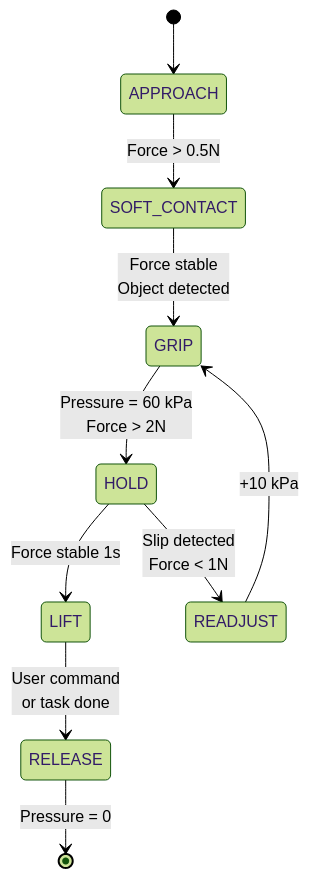
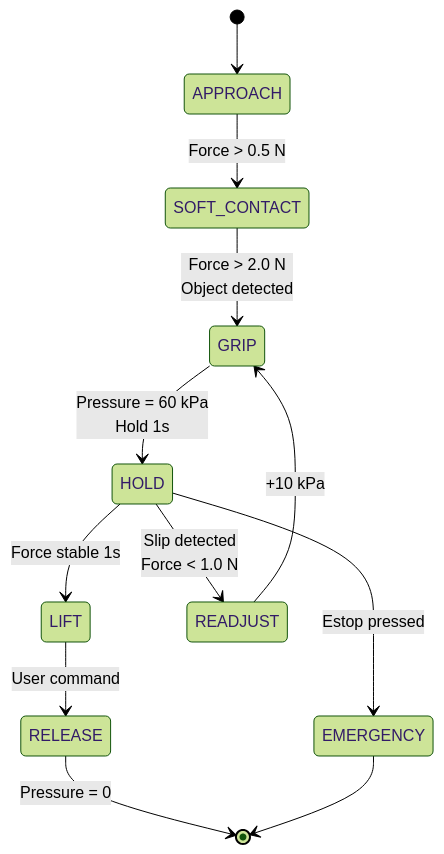
Before and after one commit to yip-lgtm/mech-Eng-Bootcamp: the first of 4 diagrams in mae-bootcamp/other/24_Week_Weekend_Bootcamp/Week_3_Soft_Robotics_Notes.md, drawn with Mermaid (forest theme). The commit also changed other lines of this file and 15 other files, not shown here.

````diff
--- a/mae-bootcamp/other/24_Week_Weekend_Bootcamp/Week_3_Soft_Robotics_Notes.md
+++ b/mae-bootcamp/other/24_Week_Weekend_Bootcamp/Week_3_Soft_Robotics_Notes.md
@@ -394,12 +602,14 @@
 ```mermaid
 stateDiagram-v2
     [*] --> APPROACH
-    APPROACH --> SOFT_CONTACT : Force > 0.5N
-    SOFT_CONTACT --> GRIP : Force stable<br/>Object detected
-    GRIP --> HOLD : Pressure = 60 kPa<br/>Force > 2N
+    APPROACH --> SOFT_CONTACT : Force > 0.5 N
+    SOFT_CONTACT --> GRIP : Force > 2.0 N<br/>Object detected
+    GRIP --> HOLD : Pressure = 60 kPa<br/>Hold 1s
     HOLD --> LIFT : Force stable 1s
-    LIFT --> RELEASE : User command<br/>or task done
-    HOLD --> READJUST : Slip detected<br/>Force < 1N
+    LIFT --> RELEASE : User command
+    HOLD --> READJUST : Slip detected<br/>Force < 1.0 N
     READJUST --> GRIP : +10 kPa
     RELEASE --> [*] : Pressure = 0
+    HOLD --> EMERGENCY : Estop pressed
+    EMERGENCY --> [*]
 ```
````
